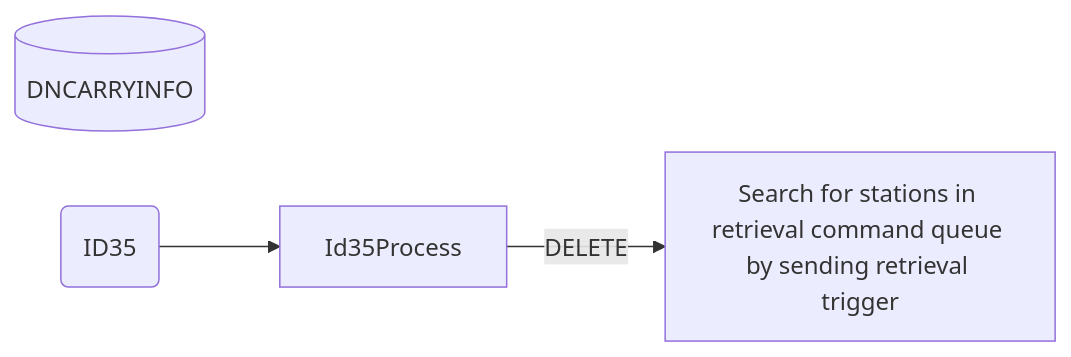
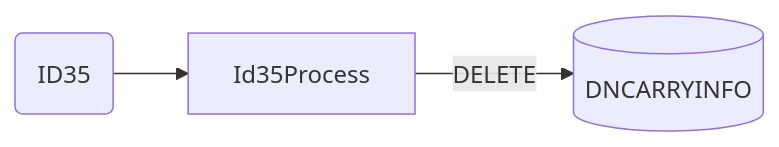
One commit to luthfiadityaa/SimeDarby-Wiki changed the seventh of 14 diagrams in Basic-Design/DFD-WMS/Retrieval/Stacked-Empty-Pallet.md. Above: the diagram before and after it, drawn with Mermaid.

Commit message:
Updated Stacked Empty Pallet

```diff
--- a/Basic-Design/DFD-WMS/Retrieval/Stacked-Empty-Pallet.md
+++ b/Basic-Design/DFD-WMS/Retrieval/Stacked-Empty-Pallet.md
@@ -190,16 +190,16 @@
 ::: mermaid
 flowchart LR
 
     tableList-delete[("
         DNCARRYINFO
     ")]
 
     id66msg("
      ID35
     ")
 
-    id66msg-->Id35Process--> |DELETE| P1[Search for stations in retrieval command queue by sending retrieval trigger]
+    id66msg-->Id35Process--> |DELETE| tableList-delete
 
     classDef leftAlign text-align:left;
     class input leftAlign;
 :::
```
